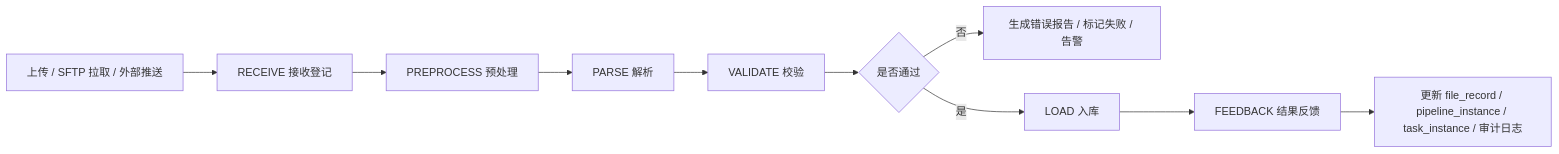
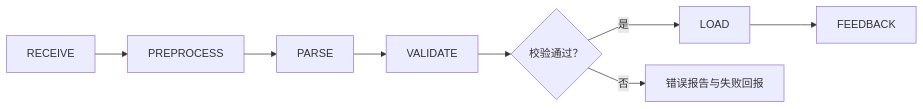
One commit to pinpols/file-batch-system changed the second of 8 diagrams in docs/design/file-pipeline-design.md. Above: the diagram before and after it, drawn with Mermaid. The commit also changed other lines of this file and 5032 other files, not shown here.

````diff
--- a/docs/design/file-pipeline-design.md
+++ b/docs/design/file-pipeline-design.md
@@ -139,12 +149,11 @@
 ```mermaid
+%%{init: {"flowchart":{"curve":"linear","nodeSpacing":32,"rankSpacing":48},"sequence":{"mirrorActors":false}}}%%
 flowchart LR
-    A[上传 / SFTP 拉取 / 外部推送] --> B[RECEIVE 接收登记]
-    B --> C[PREPROCESS 预处理]
-    C --> D[PARSE 解析]
-    D --> E[VALIDATE 校验]
-    E --> F{是否通过}
-    F -- 否 --> G[生成错误报告 / 标记失败 / 告警]
-    F -- 是 --> H[LOAD 入库]
-    H --> I[FEEDBACK 结果反馈]
-    I --> J[更新 file_record / pipeline_instance / task_instance / 审计日志]
+  R[RECEIVE] --> P[PREPROCESS]
+  P --> A[PARSE]
+  A --> V[VALIDATE]
+  V --> C{校验通过？}
+  C -->|是| L[LOAD]
+  L --> F[FEEDBACK]
+  C -->|否| X[错误报告与失败回报]
 ```
````
